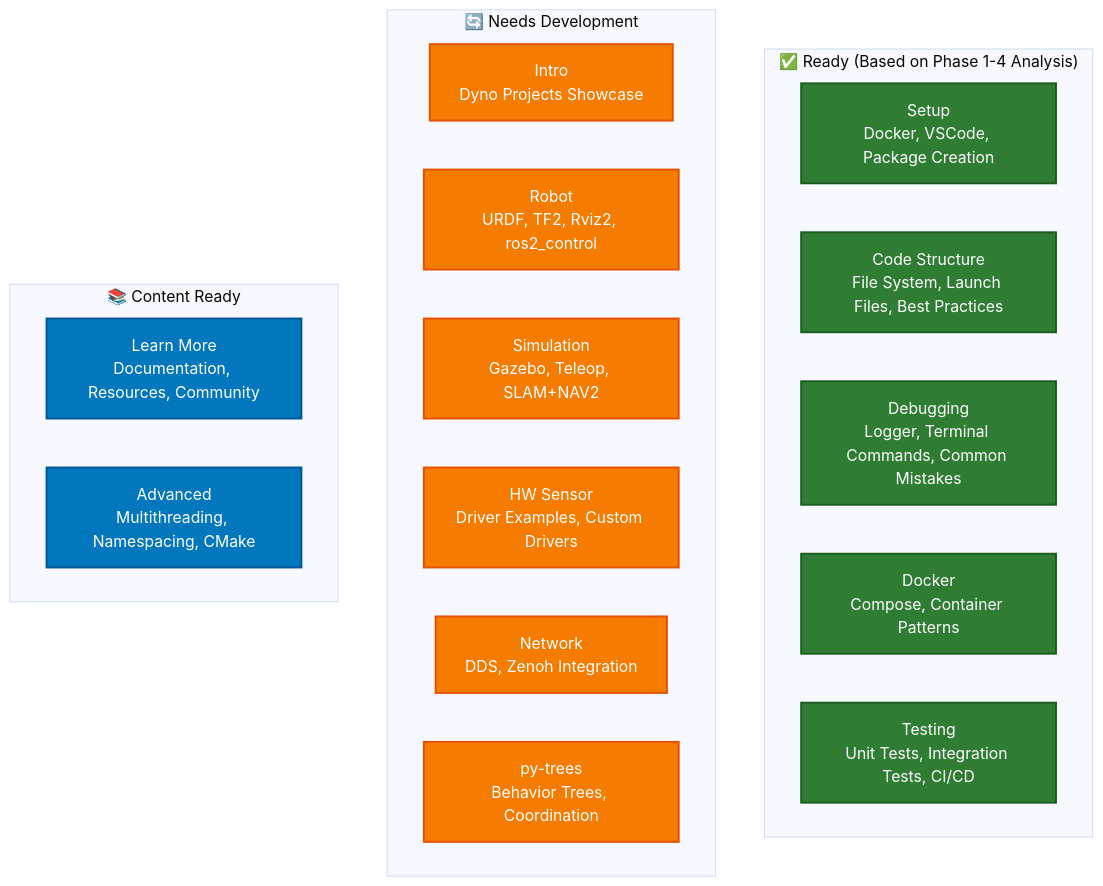
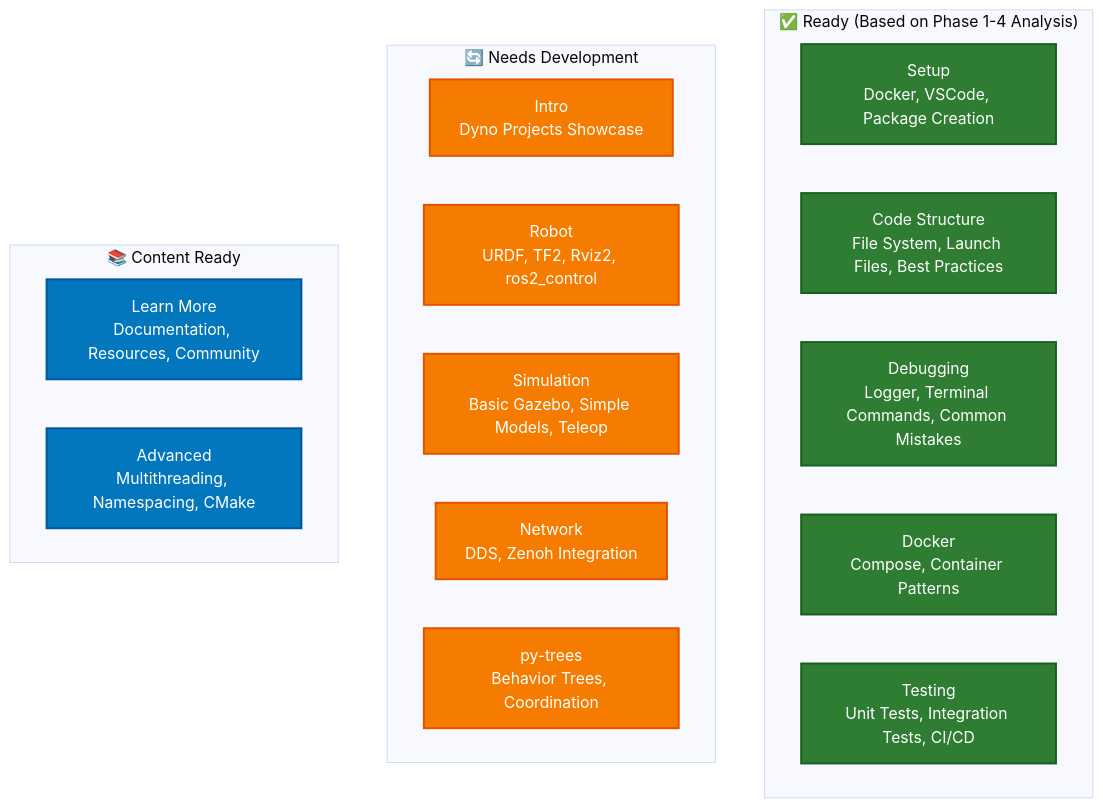
The third of 5 diagrams in ros2-workshop-modular-architecture.md (DynoRobotics/dyno_ros2_courses), drawn with Mermaid (base theme) before and after one commit. The commit also changed other lines of this file and 13 other files, not shown here.

````diff
--- a/ros2-workshop-modular-architecture.md
+++ b/ros2-workshop-modular-architecture.md
@@ -57,32 +58,31 @@
 ```mermaid
 graph TB
     subgraph "✅ Ready (Based on Phase 1-4 Analysis)"
         A1[Setup<br/>Docker, VSCode, Package Creation]
         A2[Code Structure<br/>File System, Launch Files, Best Practices]
         A3[Debugging<br/>Logger, Terminal Commands, Common Mistakes]
         A4[Docker<br/>Compose, Container Patterns]
         A5[Testing<br/>Unit Tests, Integration Tests, CI/CD]
     end
-    
+
     subgraph "🔄 Needs Development"
         B1[Intro<br/>Dyno Projects Showcase]
         B2[Robot<br/>URDF, TF2, Rviz2, ros2_control]
-        B3[Simulation<br/>Gazebo, Teleop, SLAM+NAV2]
-        B4[HW Sensor<br/>Driver Examples, Custom Drivers]
-        B5[Network<br/>DDS, Zenoh Integration]
-        B6[py-trees<br/>Behavior Trees, Coordination]
+        B3[Simulation<br/>Basic Gazebo, Simple Models, Teleop]
+        B4[Network<br/>DDS, Zenoh Integration]
+        B5[py-trees<br/>Behavior Trees, Coordination]
     end
-    
+
     subgraph "📚 Content Ready"
         C1[Learn More<br/>Documentation, Resources, Community]
         C2[Advanced<br/>Multithreading, Namespacing, CMake]
     end
-    
+
     classDef ready fill:#2e7d32,stroke:#1b5e20,stroke-width:2px,color:#ffffff
     classDef development fill:#f57c00,stroke:#e65100,stroke-width:2px,color:#ffffff
     classDef content fill:#0277bd,stroke:#01579b,stroke-width:2px,color:#ffffff
-    
+
     class A1,A2,A3,A4,A5 ready
-    class B1,B2,B3,B4,B5,B6 development
+    class B1,B2,B3,B4,B5 development
     class C1,C2 content
 ```
````
